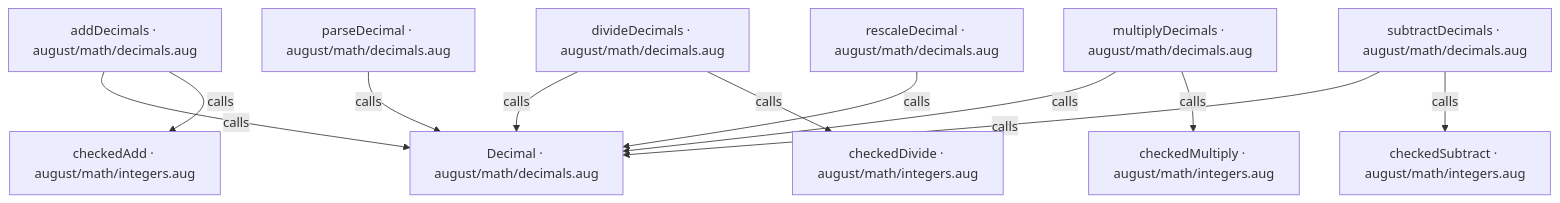
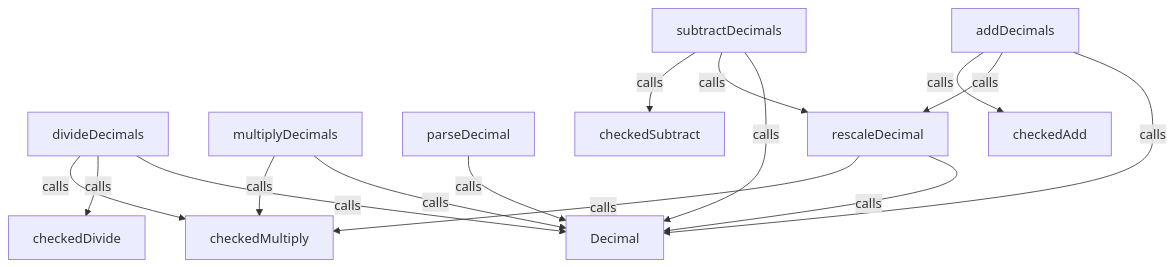
The first of 10 diagrams in src/stdlib/math/decimals.aug.diagrams.md (GreenPandaStudios/augscript), drawn with Mermaid before and after one commit. The commit also changed other lines of this file and 524 other files, not shown here.

Commit message:
Explain checked data flow at folder and service levels

````diff
--- a/src/stdlib/math/decimals.aug.diagrams.md
+++ b/src/stdlib/math/decimals.aug.diagrams.md
@@ -9,24 +11,28 @@
 ```mermaid
 flowchart TD
-    n0["Decimal · august/math/decimals.aug"]
-    n1["addDecimals · august/math/decimals.aug"]
-    n2["divideDecimals · august/math/decimals.aug"]
-    n3["multiplyDecimals · august/math/decimals.aug"]
-    n4["parseDecimal · august/math/decimals.aug"]
-    n5["rescaleDecimal · august/math/decimals.aug"]
-    n6["subtractDecimals · august/math/decimals.aug"]
-    n7["checkedAdd · august/math/integers.aug"]
-    n8["checkedDivide · august/math/integers.aug"]
-    n9["checkedMultiply · august/math/integers.aug"]
-    n10["checkedSubtract · august/math/integers.aug"]
+    n0["Decimal"]
+    n1["addDecimals"]
+    n2["divideDecimals"]
+    n3["multiplyDecimals"]
+    n4["parseDecimal"]
+    n5["rescaleDecimal"]
+    n6["subtractDecimals"]
+    n7["checkedAdd"]
+    n8["checkedDivide"]
+    n9["checkedMultiply"]
+    n10["checkedSubtract"]
     n1 -->|"calls"| n0
+    n1 -->|"calls"| n5
     n1 -->|"calls"| n7
     n2 -->|"calls"| n0
     n2 -->|"calls"| n8
+    n2 -->|"calls"| n9
     n3 -->|"calls"| n0
     n3 -->|"calls"| n9
     n4 -->|"calls"| n0
     n5 -->|"calls"| n0
+    n5 -->|"calls"| n9
     n6 -->|"calls"| n0
+    n6 -->|"calls"| n5
     n6 -->|"calls"| n10
 ```
````
